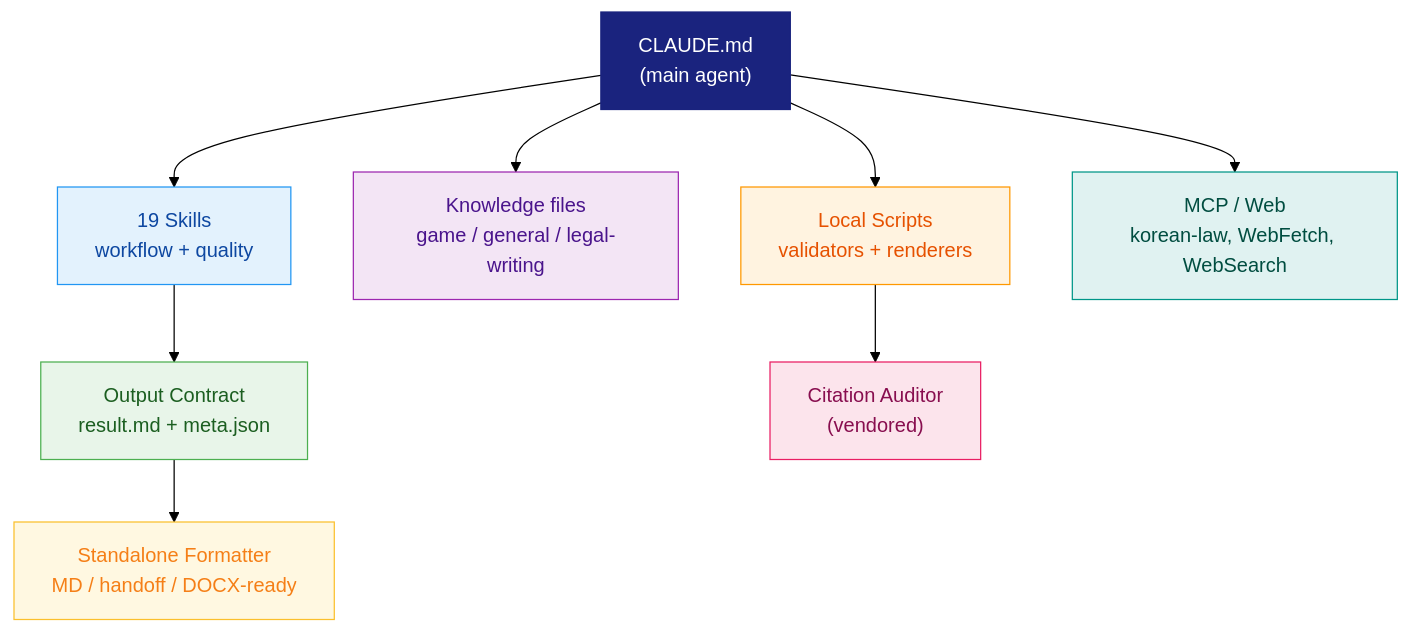
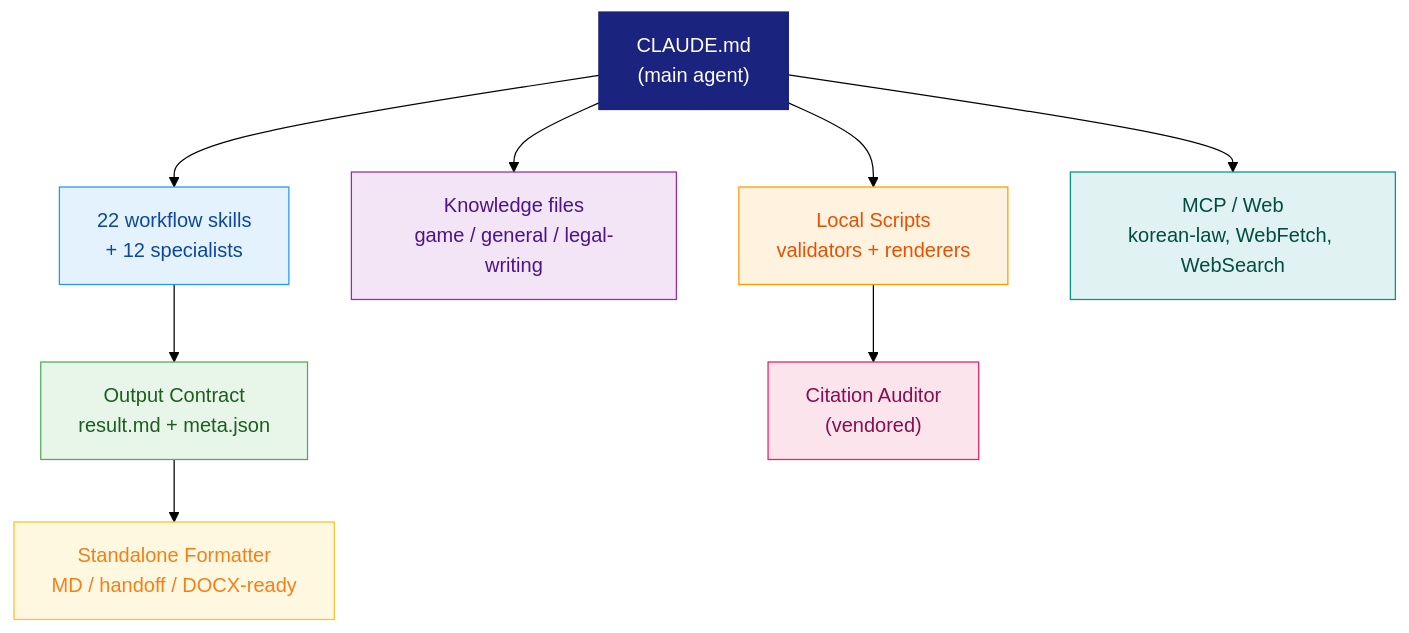
The second of 3 diagrams in README.md (wyyyyqqqqqq/legal-research-agent), drawn with Mermaid (forest theme) before and after one commit. The commit also changed other lines of this file and 12 other files, not shown here.

````diff
--- a/README.md
+++ b/README.md
@@ -153,18 +153,18 @@
 ```mermaid
 graph TD
-    A["CLAUDE.md\n(main agent)"] --> B["19 Skills\nworkflow + quality"]
+    A["CLAUDE.md\n(main agent)"] --> B["22 workflow skills\n+ 12 specialists"]
     A --> C["Knowledge files\ngame / general / legal-writing"]
     A --> D["Local Scripts\nvalidators + renderers"]
     A --> E["MCP / Web\nkorean-law, WebFetch, WebSearch"]
     B --> F["Output Contract\nresult.md + meta.json"]
     F --> G["Standalone Formatter\nMD / handoff / DOCX-ready"]
     D --> H["Citation Auditor\n(vendored)"]
     style A fill:#1a237e,stroke:#1a237e,color:#ffffff
     style B fill:#e3f2fd,stroke:#2196f3,color:#0d47a1
     style C fill:#f3e5f5,stroke:#9c27b0,color:#4a148c
     style D fill:#fff3e0,stroke:#ff9800,color:#e65100
     style E fill:#e0f2f1,stroke:#009688,color:#004d40
     style F fill:#e8f5e9,stroke:#4caf50,color:#1b5e20
     style G fill:#fff8e1,stroke:#fbc02d,color:#f57f17
     style H fill:#fce4ec,stroke:#e91e63,color:#880e4f
 ```
````
